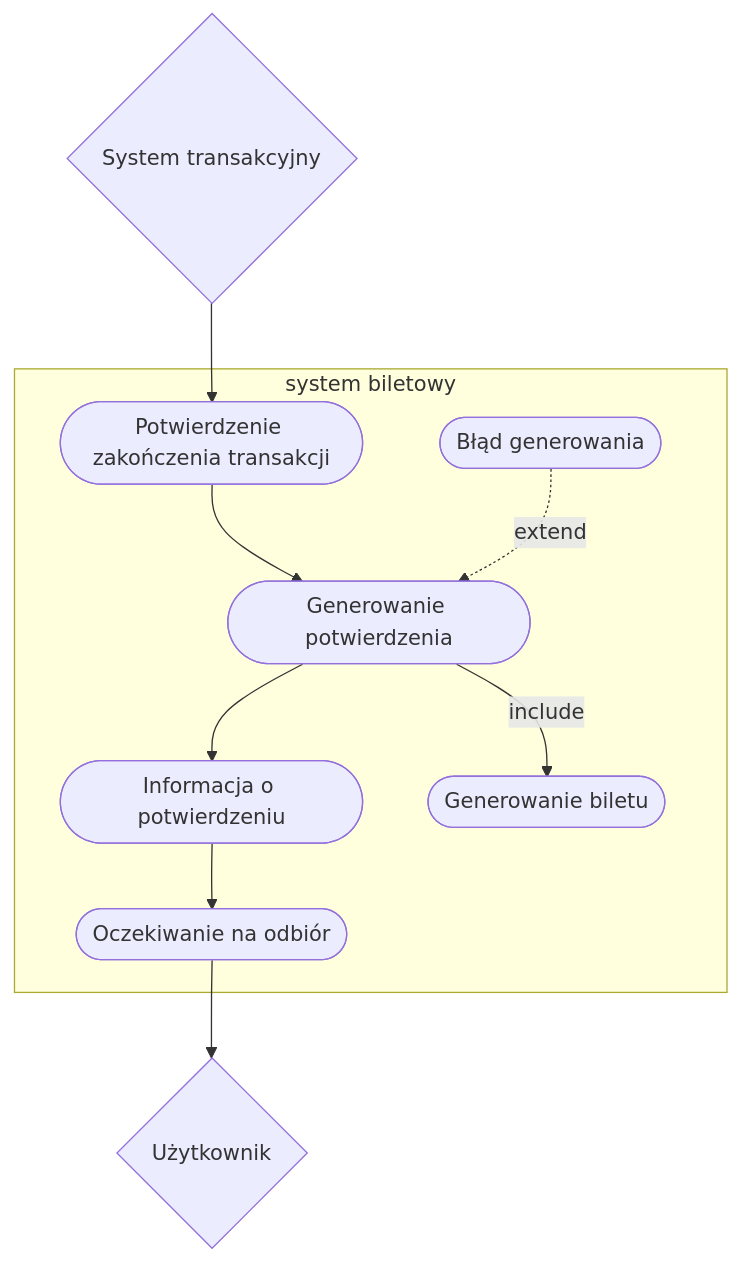
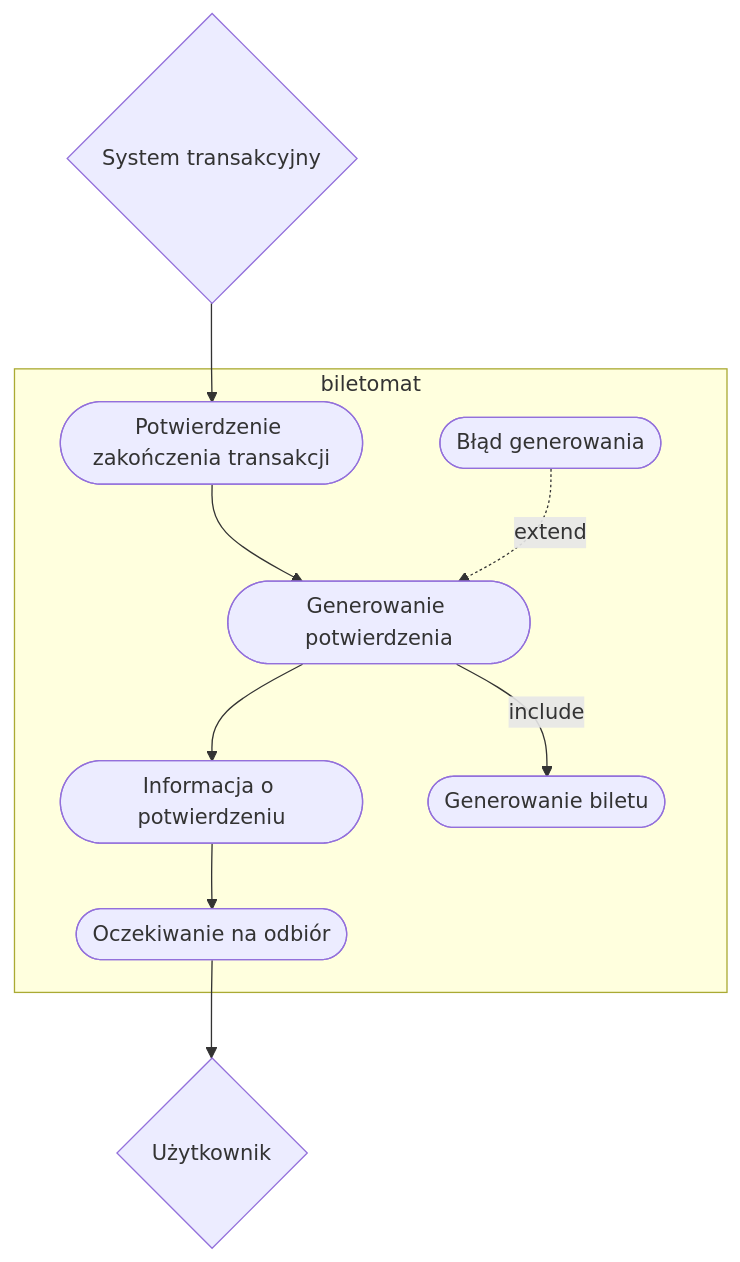
One commit to pilukal/MWO changed the first of 5 diagrams in biletomat.md. Above: the diagram before and after it, drawn with Mermaid. The commit also changed other lines of this file, not shown here.

````diff
--- a/biletomat.md
+++ b/biletomat.md
@@ -11,27 +11,27 @@
 ```mermaid
 flowchart TD
     
     System_transakcyjny{System transakcyjny}
     Uzytkownik{Użytkownik}
     System_transakcyjny --> Potwierdzenie_zakonczenia_transakcji
     Oczekiwanie_na_odbior --> Uzytkownik
 
-    subgraph system biletowy
+    subgraph biletomat
     
     Potwierdzenie_zakonczenia_transakcji([Potwierdzenie zakończenia transakcji])
     Generowanie_potwierdzenia([Generowanie potwierdzenia])
     Informacja_o_potwierdzeniu([Informacja o potwierdzeniu])
     Oczekiwanie_na_odbior([Oczekiwanie na odbiór])
 
     Generowanie_biletu([Generowanie biletu])
     Blad_generowania([Błąd generowania])
 
 
     Potwierdzenie_zakonczenia_transakcji --> Generowanie_potwierdzenia
     Generowanie_potwierdzenia --> Informacja_o_potwierdzeniu
     Informacja_o_potwierdzeniu --> Oczekiwanie_na_odbior
 
     Generowanie_potwierdzenia --> |include| Generowanie_biletu
     Blad_generowania -.-> |extend| Generowanie_potwierdzenia
     end
 ```
````
